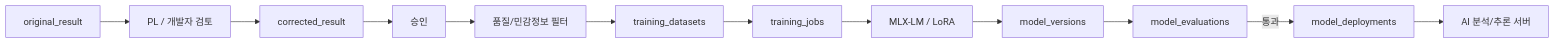
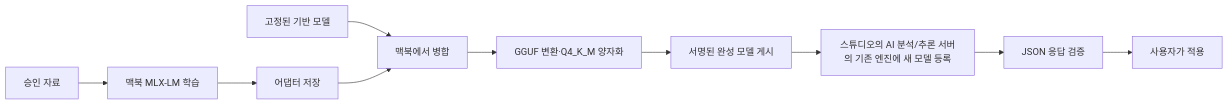
Before and after one commit to KimAgHuge/hackathon-ai: the second of 2 diagrams in docs/02_시스템_아키텍처.md, drawn with Mermaid. The commit also changed other lines of this file and 29 other files, not shown here.

````diff
--- a/docs/02_시스템_아키텍처.md
+++ b/docs/02_시스템_아키텍처.md
@@ -636,14 +107,12 @@
 ```mermaid
 flowchart LR
-    ORIGINAL["original_result"] --> REVIEW["PL / 개발자 검토"]
-    REVIEW --> CORRECTED["corrected_result"]
-    CORRECTED --> APPROVE["승인"]
-    APPROVE --> FILTER["품질/민감정보 필터"]
-    FILTER --> DATASET["training_datasets"]
-    DATASET --> JOB["training_jobs"]
-    JOB --> LORA["MLX-LM / LoRA"]
-    LORA --> VERSION["model_versions"]
-    VERSION --> EVAL["model_evaluations"]
-    EVAL -->|통과| DEPLOY["model_deployments"]
-    DEPLOY --> AI["AI 분석/추론 서버"]
+    DATA["승인 자료"] --> LORA["맥북 MLX-LM 학습"]
+    LORA --> ADAPTER["어댑터 저장"]
+    BASE["고정된 기반 모델"] --> FUSE["맥북에서 병합"]
+    ADAPTER --> FUSE
+    FUSE --> GGUF["GGUF 변환·Q4_K_M 양자화"]
+    GGUF --> NAS["서명된 완성 모델 게시"]
+    NAS --> REGISTER["스튜디오의 AI 분석/추론 서버의 기존 엔진에 새 모델 등록"]
+    REGISTER --> PROBE["JSON 응답 검증"]
+    PROBE --> APPLY["사용자가 적용"]
 ```
````
